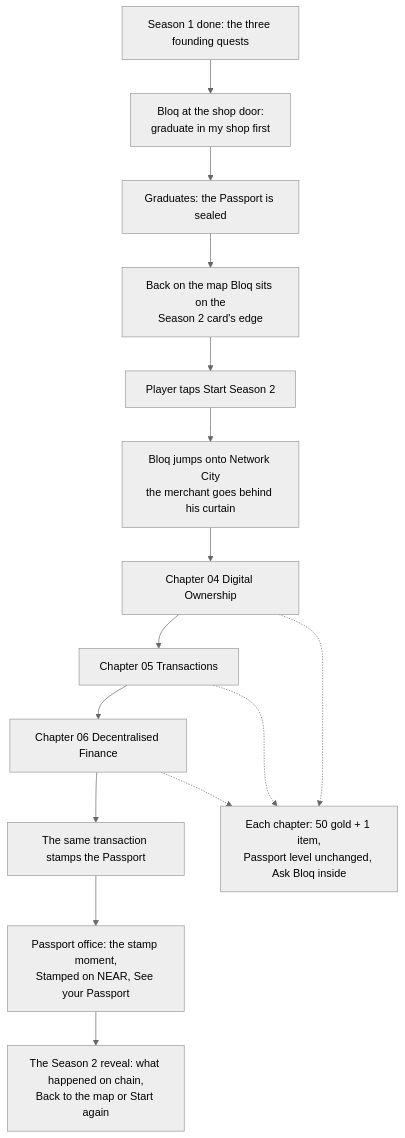
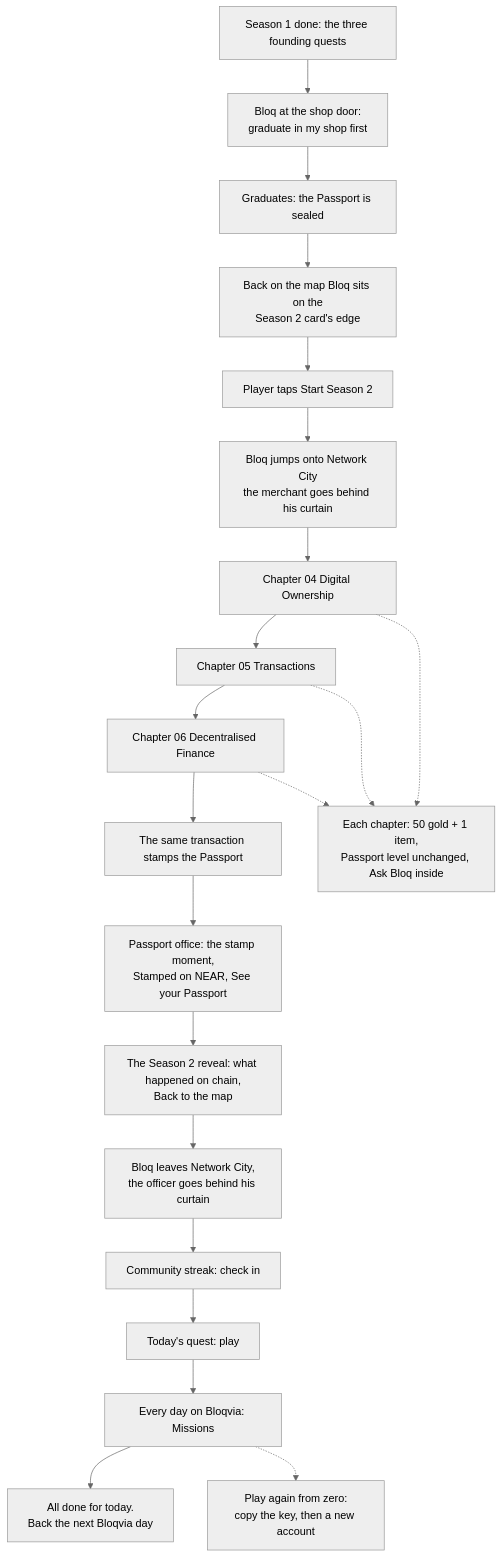
Before and after one commit to 1AdiTech1/bloqvia: the seventh of 9 diagrams in docs/FLOWS.md, drawn with Mermaid (neutral theme). The commit also changed other lines of this file and 2 other files, not shown here.

Commit message:
README and FLOWS: after-Season 2 tour, no reset on the reveals
Claude-Session: https://claude.ai/code/session_013vdzj9B2oSoq9AjoD3Gmyc

````diff
--- a/docs/FLOWS.md
+++ b/docs/FLOWS.md
@@ -186,15 +186,21 @@
 ```mermaid
 flowchart TD
     A0[Season 1 done: the three founding quests] --> A1[Bloq at the shop door:<br/>graduate in my shop first]
     A1 --> A[Graduates: the Passport is sealed]
     A --> B[Back on the map Bloq sits on the<br/>Season 2 card's edge]
     B --> C[Player taps Start Season 2]
     C --> D[Bloq jumps onto Network City<br/>the merchant goes behind his curtain]
     D --> E[Chapter 04 Digital Ownership]
     E --> F[Chapter 05 Transactions]
     F --> G[Chapter 06 Decentralised Finance]
     G --> H[The same transaction stamps the Passport]
     H --> I[Passport office: the stamp moment,<br/>Stamped on NEAR, See your Passport]
-    I --> J[The Season 2 reveal: what happened on chain,<br/>Back to the map or Start again]
+    I --> J[The Season 2 reveal: what happened on chain,<br/>Back to the map]
+    J --> L[Bloq leaves Network City,<br/>the officer goes behind his curtain]
+    L --> M[Community streak: check in]
+    M --> N[Today's quest: play]
+    N --> O[Every day on Bloqvia: Missions]
+    O --> P[All done for today.<br/>Back the next Bloqvia day]
+    O -.-> Q[Play again from zero:<br/>copy the key, then a new account]
     E & F & G -.-> K[Each chapter: 50 gold + 1 item,<br/>Passport level unchanged, Ask Bloq inside]
 ```
````
